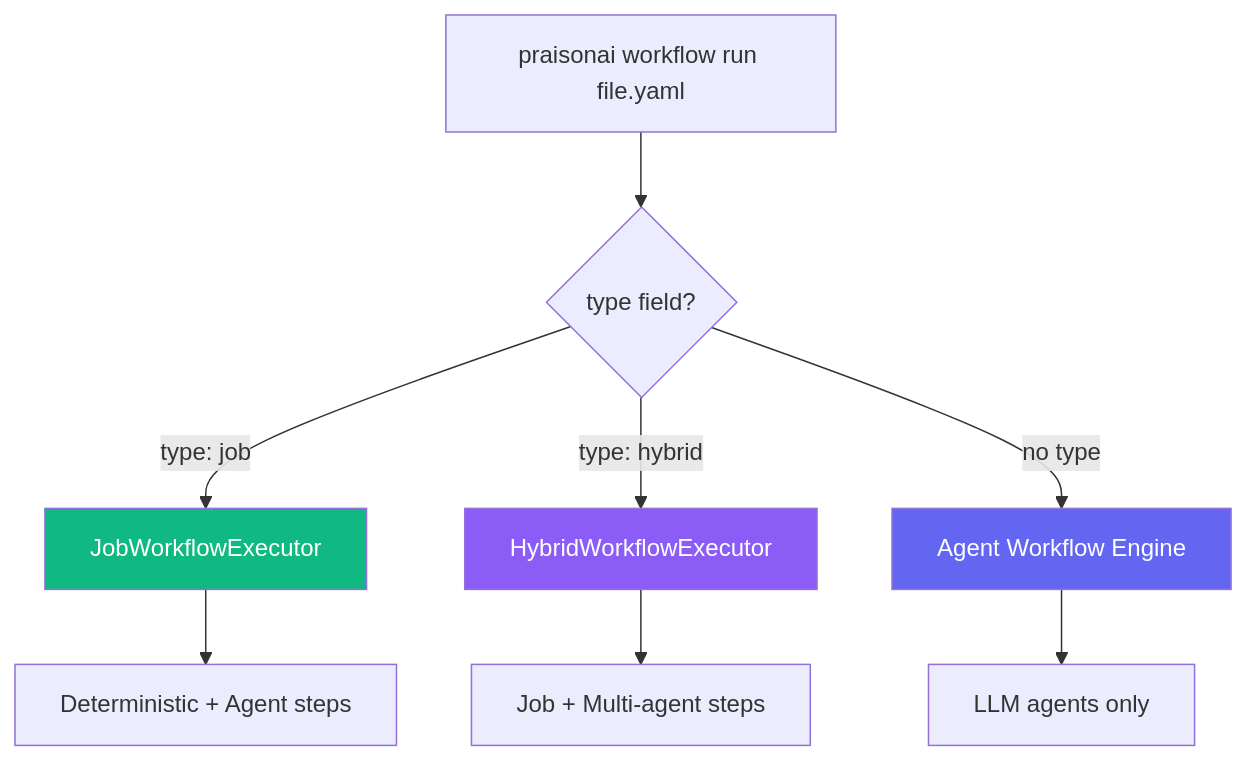
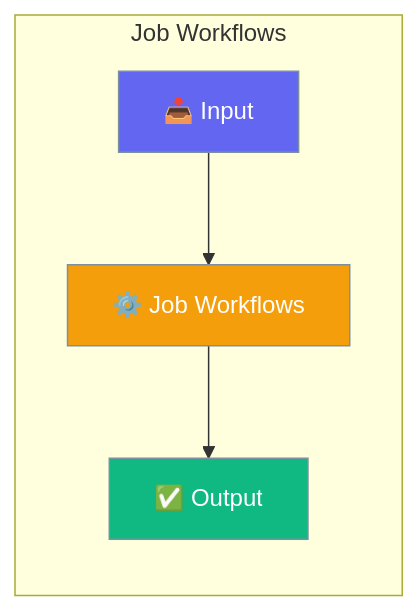
One commit to MervinPraison/PraisonAIDocs changed the diagram in docs/features/job-workflows.mdx. Above: the diagram before and after it, drawn with Mermaid. The commit also changed other lines of this file and 143 other files, not shown here.

First line of the commit message:
docs: AGENTS.md compliance sweep — mermaid, AccordionGroup, CardGroup, Steps (fixes #1000)

````diff
--- a/docs/features/job-workflows.mdx
+++ b/docs/features/job-workflows.mdx
@@ -54,14 +10,15 @@
 ```mermaid
-flowchart TD
-    A["praisonai workflow run file.yaml"] --> B{"type field?"}
-    B -->|"type: job"| C["JobWorkflowExecutor"]
-    B -->|"type: hybrid"| H["HybridWorkflowExecutor"]
-    B -->|"no type"| D["Agent Workflow Engine"]
-    C --> E["Deterministic + Agent steps"]
-    H --> F["Job + Multi-agent steps"]
-    D --> G["LLM agents only"]
+graph LR
+    subgraph "Job Workflows"
+        A[📥 Input] --> B[⚙️ Job Workflows]
+        B --> C[✅ Output]
+    end
 
-    style C fill:#10B981,color:#fff
-    style H fill:#8B5CF6,color:#fff
-    style D fill:#6366F1,color:#fff
+    classDef input fill:#6366F1,stroke:#7C90A0,color:#fff
+    classDef process fill:#F59E0B,stroke:#7C90A0,color:#fff
+    classDef output fill:#10B981,stroke:#7C90A0,color:#fff
+
+    class A input
+    class B process
+    class C output
 ```
````
